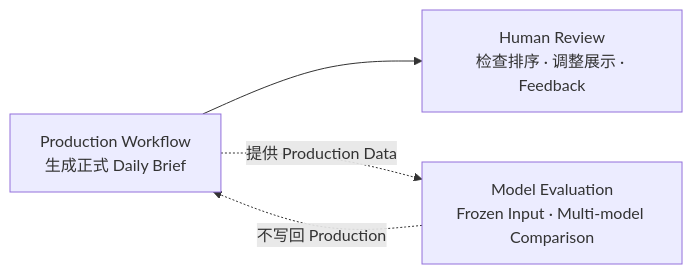
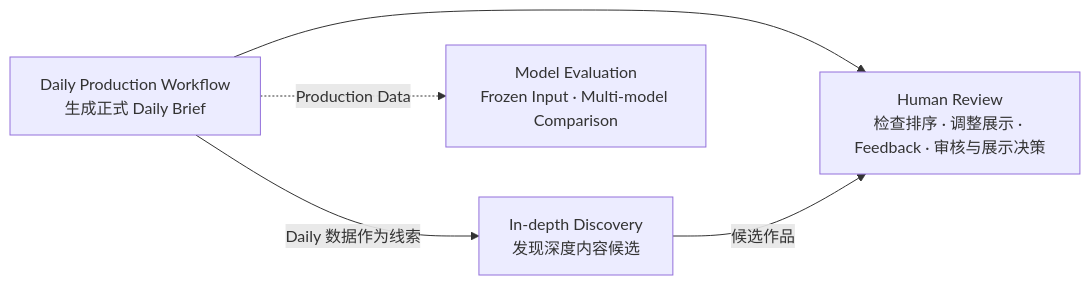
The first of 6 diagrams in docs/02-workflow-overview.md (QHYK/X-AI), drawn with Mermaid before and after one commit. The commit also changed other lines of this file and 8 other files, not shown here.

Commit message:
PRD: 完成 In-depth Discovery 的MVP spec 编写

````diff
--- a/docs/02-workflow-overview.md
+++ b/docs/02-workflow-overview.md
@@ -18,10 +20,12 @@
 ```mermaid
 flowchart LR
-    P["Production Workflow<br/>生成正式 Daily Brief"]
-    H["Human Review<br/>检查排序 · 调整展示 · Feedback"]
+    P["Daily Production Workflow<br/>生成正式 Daily Brief"]
+    D["In-depth Discovery<br/>发现深度内容候选"]
+    H["Human Review<br/>检查排序 · 调整展示 · Feedback · 审核与展示决策"]
     E["Model Evaluation<br/>Frozen Input · Multi-model Comparison"]
 
+    P -->|Daily 数据作为线索| D
     P --> H
-    P -. "提供 Production Data" .-> E
-    E -. "不写回 Production" .-> P
+    D -->|候选作品| H
+    P -. "Production Data" .-> E
 ```
````
